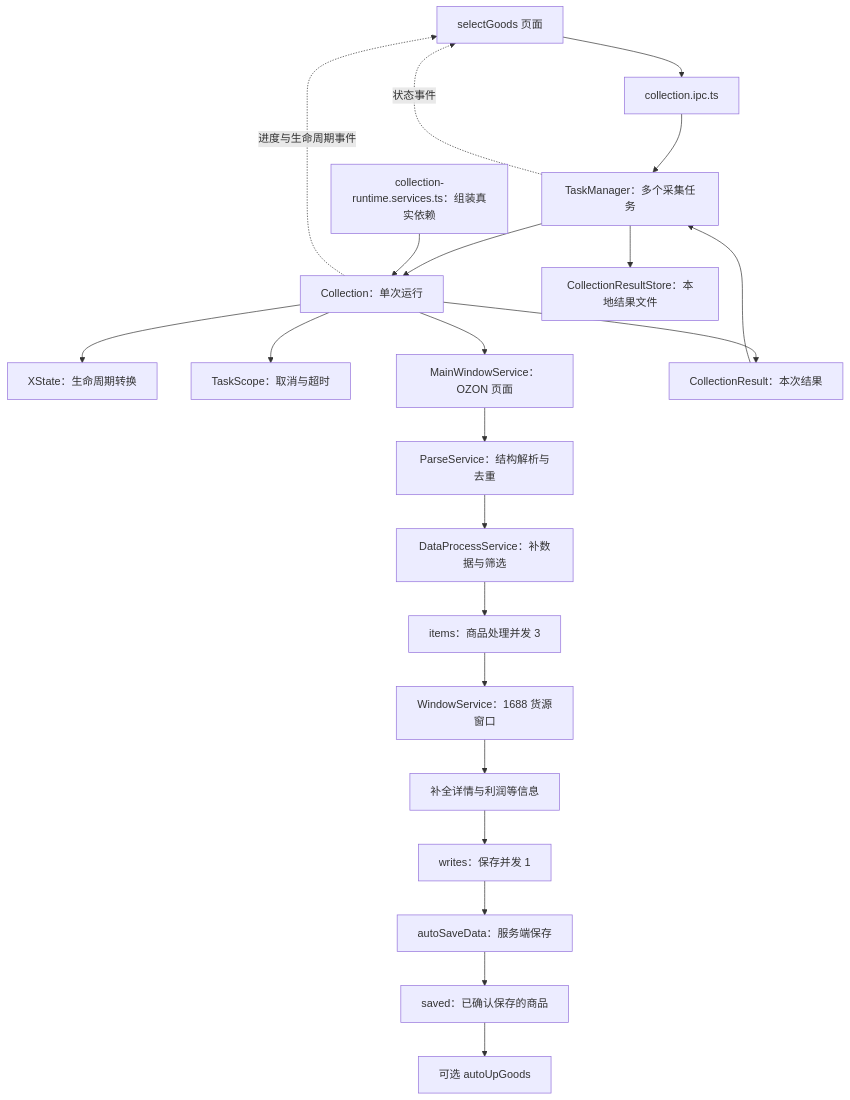
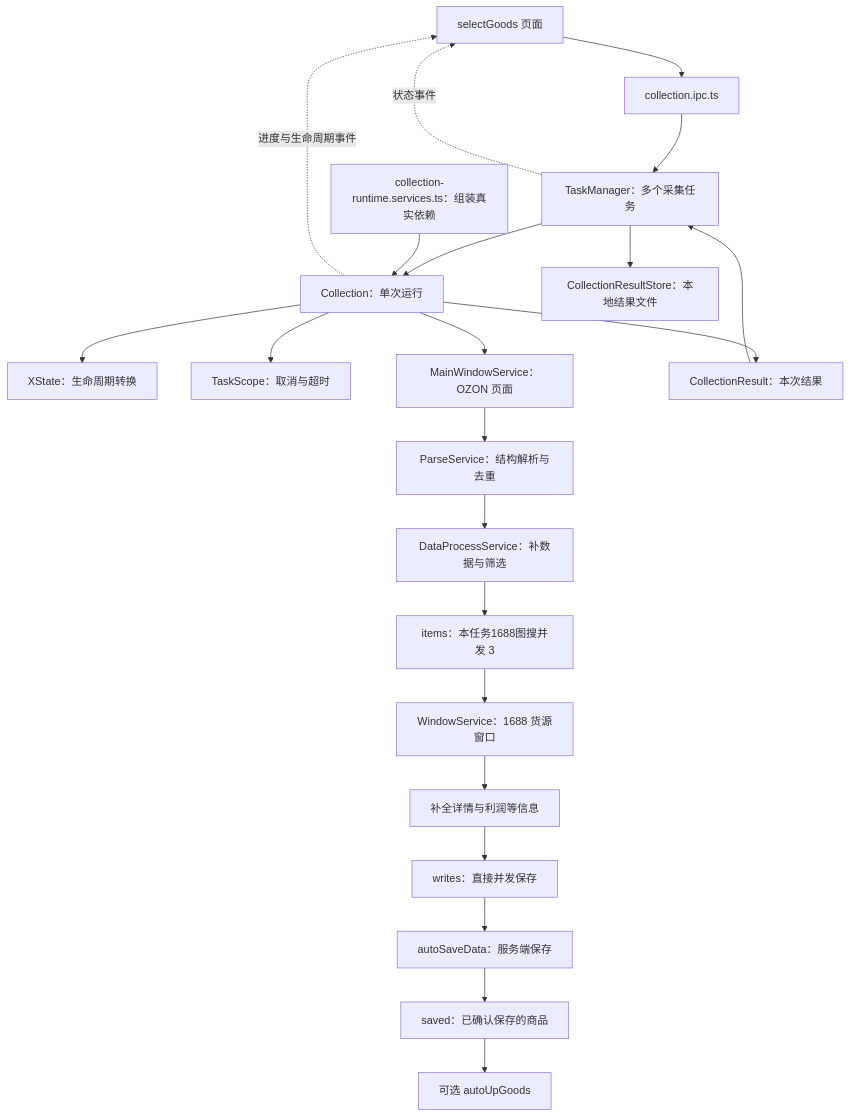
Before and after one commit to q10050110/test-test: the first of 2 diagrams in electron/services/collection/README.md, drawn with Mermaid. The commit also changed other lines of this file and 10 other files, not shown here.

````diff
--- a/electron/services/collection/README.md
+++ b/electron/services/collection/README.md
@@ -23,24 +23,24 @@
 ```mermaid
 flowchart TD
     View[selectGoods 页面] --> IPC[collection.ipc.ts]
     IPC --> Manager[TaskManager：多个采集任务]
     Manager --> Collection[Collection：单次运行]
     Runtime[collection-runtime.services.ts：组装真实依赖] --> Collection
     Collection --> Machine[XState：生命周期转换]
     Collection --> Scope[TaskScope：取消与超时]
     Collection --> Main[MainWindowService：OZON 页面]
     Main --> Parse[ParseService：结构解析与去重]
     Parse --> Filter[DataProcessService：补数据与筛选]
-    Filter --> Items[items：商品处理并发 3]
+    Filter --> Items[items：本任务1688图搜并发 3]
     Items --> Source[WindowService：1688 货源窗口]
     Source --> Detail[补全详情与利润等信息]
-    Detail --> Writes[writes：保存并发 1]
+    Detail --> Writes[writes：直接并发保存]
     Writes --> Save[autoSaveData：服务端保存]
     Save --> Saved[saved：已确认保存的商品]
     Saved --> Upload[可选 autoUpGoods]
     Collection --> Result[CollectionResult：本次结果]
     Result --> Manager
     Manager --> Store[CollectionResultStore：本地结果文件]
     Collection -. 进度与生命周期事件 .-> View
     Manager -. 状态事件 .-> View
 ```
````
